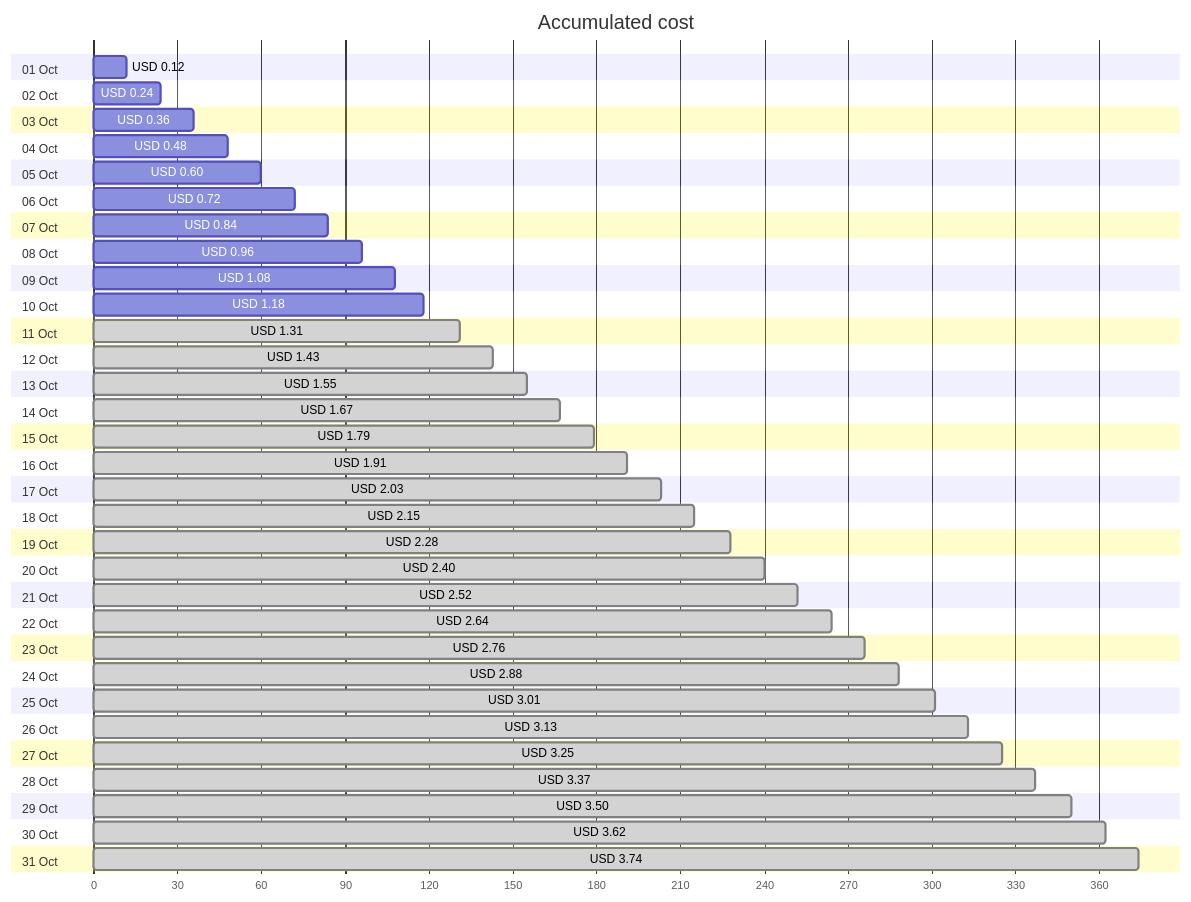
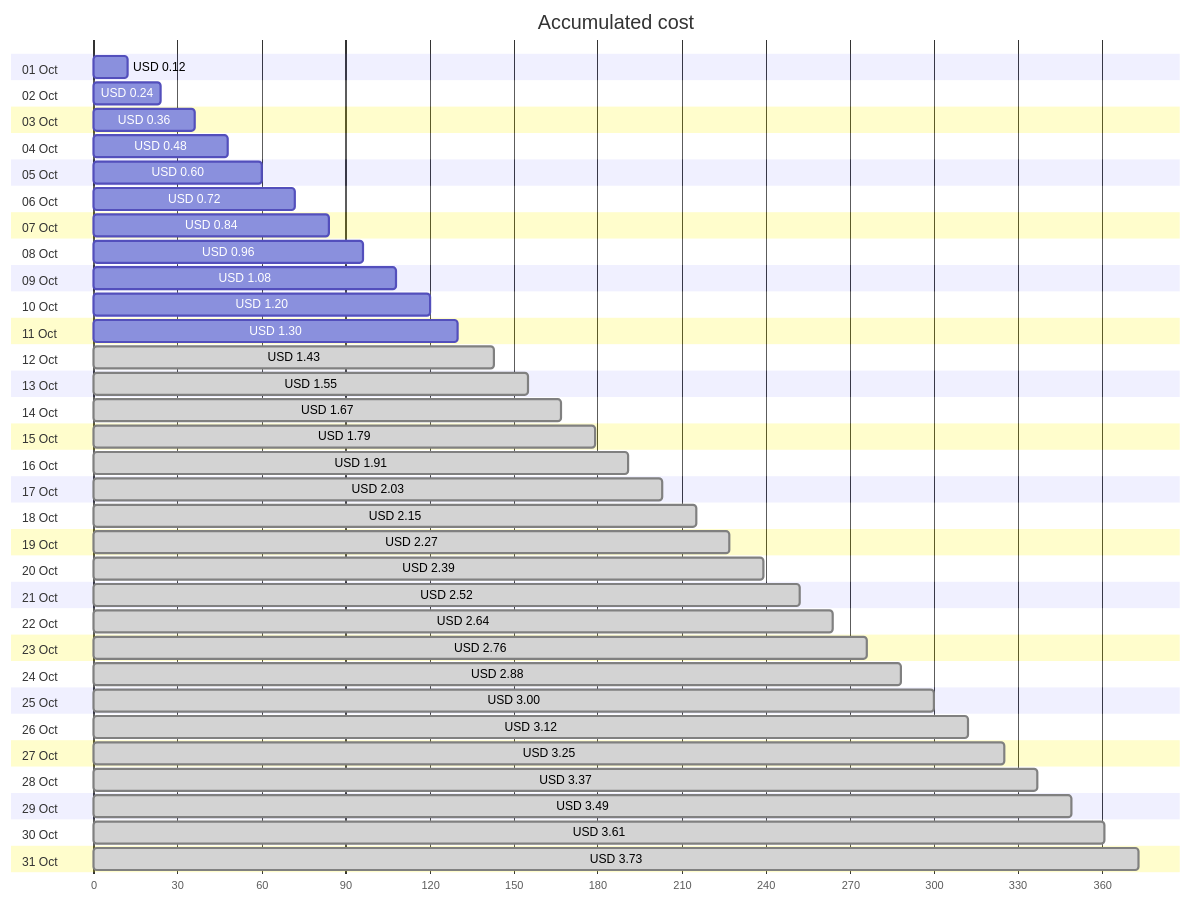
Before and after one commit to jpfulton/azure-personal-reports: the first of 4 diagrams in cost-reports/personal-network/vpn-server-public-ip.md, drawn with Mermaid. The commit also changed other lines of this file and 8 other files, not shown here.

````diff
--- a/cost-reports/personal-network/vpn-server-public-ip.md
+++ b/cost-reports/personal-network/vpn-server-public-ip.md
@@ -20,68 +20,68 @@
 ```mermaid
 gantt
    title Accumulated cost
    dateFormat  X
    axisFormat %s
    section 01 Oct
    USD 0.12 :0, 12
    section 02 Oct
    USD 0.24 :0, 24
    section 03 Oct
    USD 0.36 :0, 36
    section 04 Oct
    USD 0.48 :0, 48
    section 05 Oct
    USD 0.60 :0, 60
    section 06 Oct
    USD 0.72 :0, 72
    section 07 Oct
    USD 0.84 :0, 84
    section 08 Oct
    USD 0.96 :0, 96
    section 09 Oct
    USD 1.08 :0, 108
    section 10 Oct
-   USD 1.18 :0, 118
+   USD 1.20 :0, 120
    section 11 Oct
-   USD 1.31 : done, 0, 131
+   USD 1.30 :0, 130
    section 12 Oct
    USD 1.43 : done, 0, 143
    section 13 Oct
    USD 1.55 : done, 0, 155
    section 14 Oct
    USD 1.67 : done, 0, 167
    section 15 Oct
    USD 1.79 : done, 0, 179
    section 16 Oct
    USD 1.91 : done, 0, 191
    section 17 Oct
    USD 2.03 : done, 0, 203
    section 18 Oct
    USD 2.15 : done, 0, 215
    section 19 Oct
-   USD 2.28 : done, 0, 228
+   USD 2.27 : done, 0, 227
    section 20 Oct
-   USD 2.40 : done, 0, 240
+   USD 2.39 : done, 0, 239
    section 21 Oct
    USD 2.52 : done, 0, 252
    section 22 Oct
    USD 2.64 : done, 0, 264
    section 23 Oct
    USD 2.76 : done, 0, 276
    section 24 Oct
    USD 2.88 : done, 0, 288
    section 25 Oct
-   USD 3.01 : done, 0, 301
+   USD 3.00 : done, 0, 300
    section 26 Oct
-   USD 3.13 : done, 0, 313
+   USD 3.12 : done, 0, 312
    section 27 Oct
    USD 3.25 : done, 0, 325
    section 28 Oct
    USD 3.37 : done, 0, 337
    section 29 Oct
-   USD 3.50 : done, 0, 350
+   USD 3.49 : done, 0, 349
    section 30 Oct
-   USD 3.62 : done, 0, 362
+   USD 3.61 : done, 0, 361
    section 31 Oct
-   USD 3.74 : done, 0, 374
+   USD 3.73 : done, 0, 373
 ```
````
